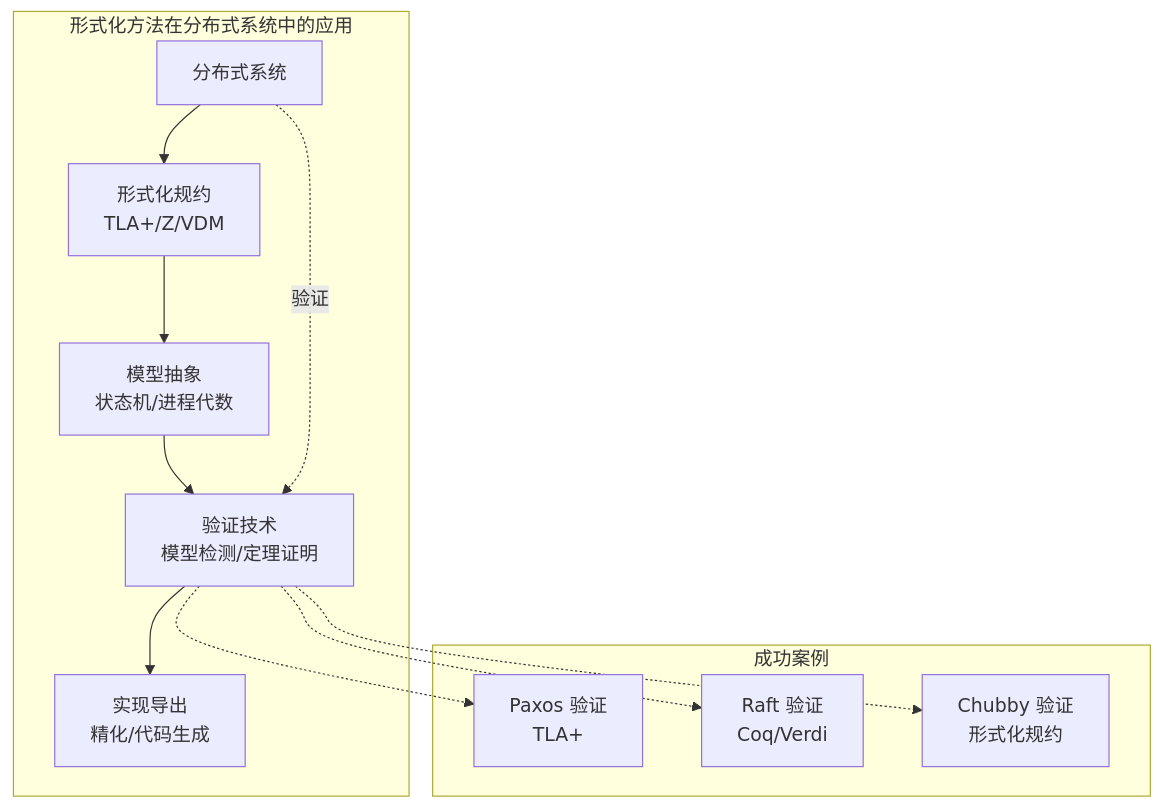
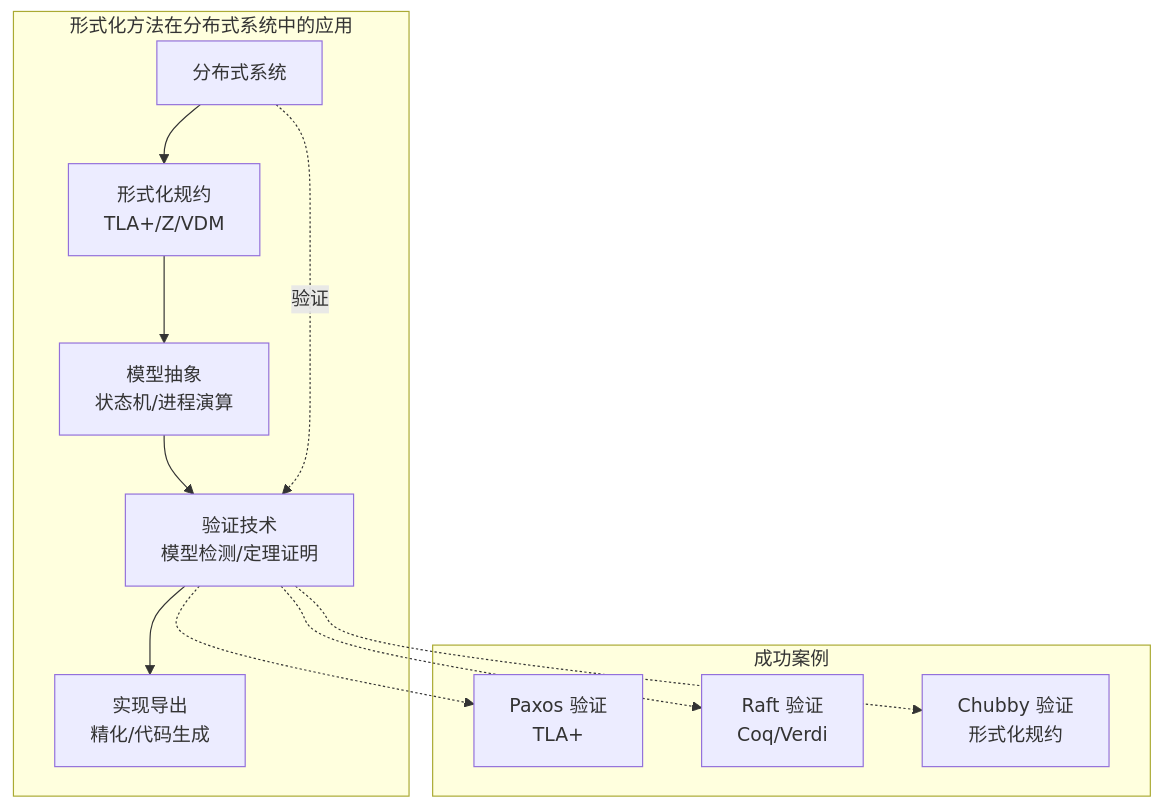
Before and after one commit to AdaMartin18010/AnalysisDataFlow: the sixth of 10 diagrams in formal-methods/98-appendices/wikipedia-concepts/11-distributed-computing.md, drawn with Mermaid. The commit also changed other lines of this file and 129 other files, not shown here.

````diff
--- a/formal-methods/98-appendices/wikipedia-concepts/11-distributed-computing.md
+++ b/formal-methods/98-appendices/wikipedia-concepts/11-distributed-computing.md
@@ -496,28 +501,28 @@
 ```mermaid
 graph TB
     subgraph "形式化方法在分布式系统中的应用"
         DS[分布式系统]
-        
+
         SPEC[形式化规约<br/>TLA+/Z/VDM]
-        MODEL[模型抽象<br/>状态机/进程代数]
+        MODEL[模型抽象<br/>状态机/进程演算]
         VERIFY[验证技术<br/>模型检测/定理证明]
         IMPL[实现导出<br/>精化/代码生成]
-        
+
         DS --> SPEC
         SPEC --> MODEL
         MODEL --> VERIFY
         VERIFY --> IMPL
-        
+
         DS -.->|验证| VERIFY
     end
-    
+
     subgraph "成功案例"
         CASE1[Paxos 验证<br/>TLA+]
         CASE2[Raft 验证<br/>Coq/Verdi]
         CASE3[Chubby 验证<br/>形式化规约]
     end
-    
+
     VERIFY -.-> CASE1
     VERIFY -.-> CASE2
     VERIFY -.-> CASE3
 ```
````
